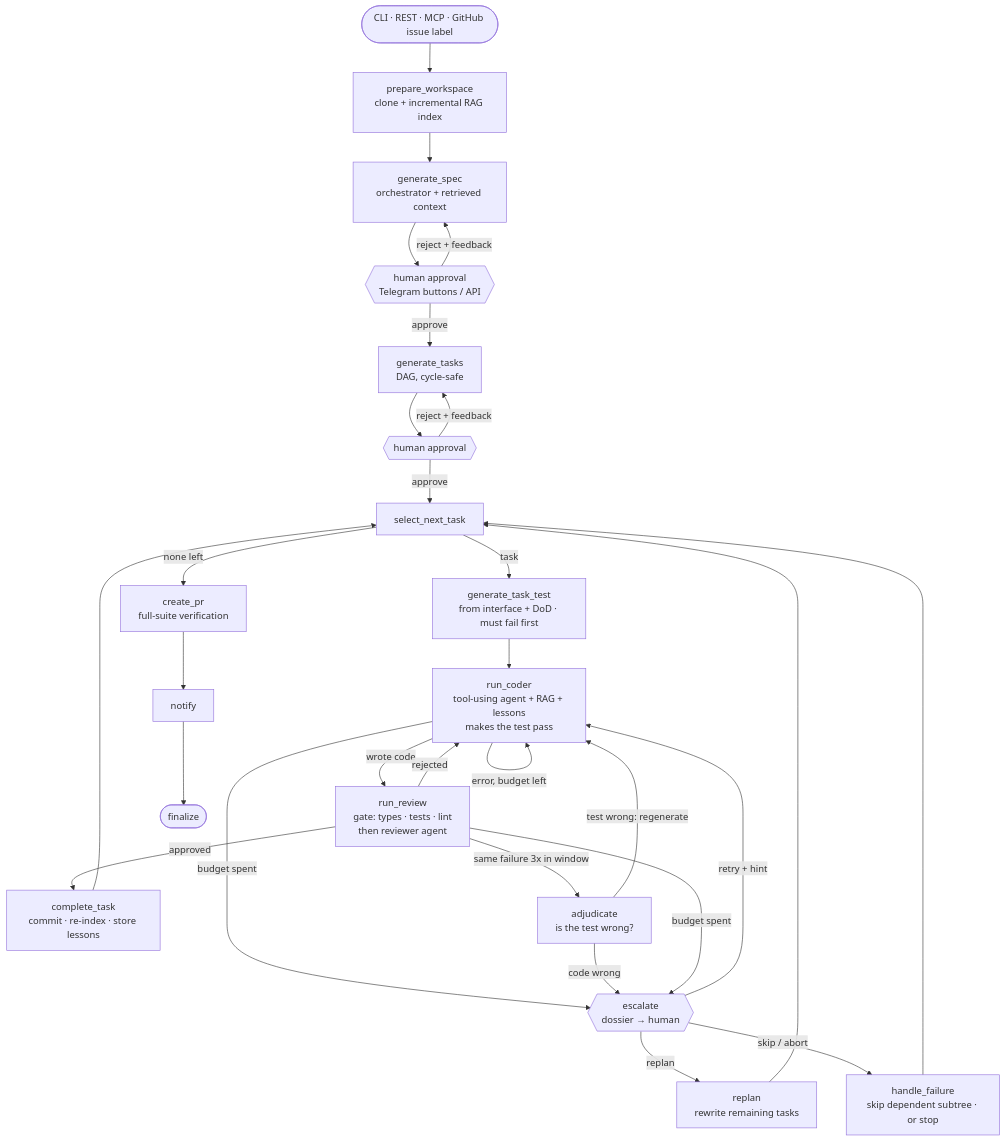
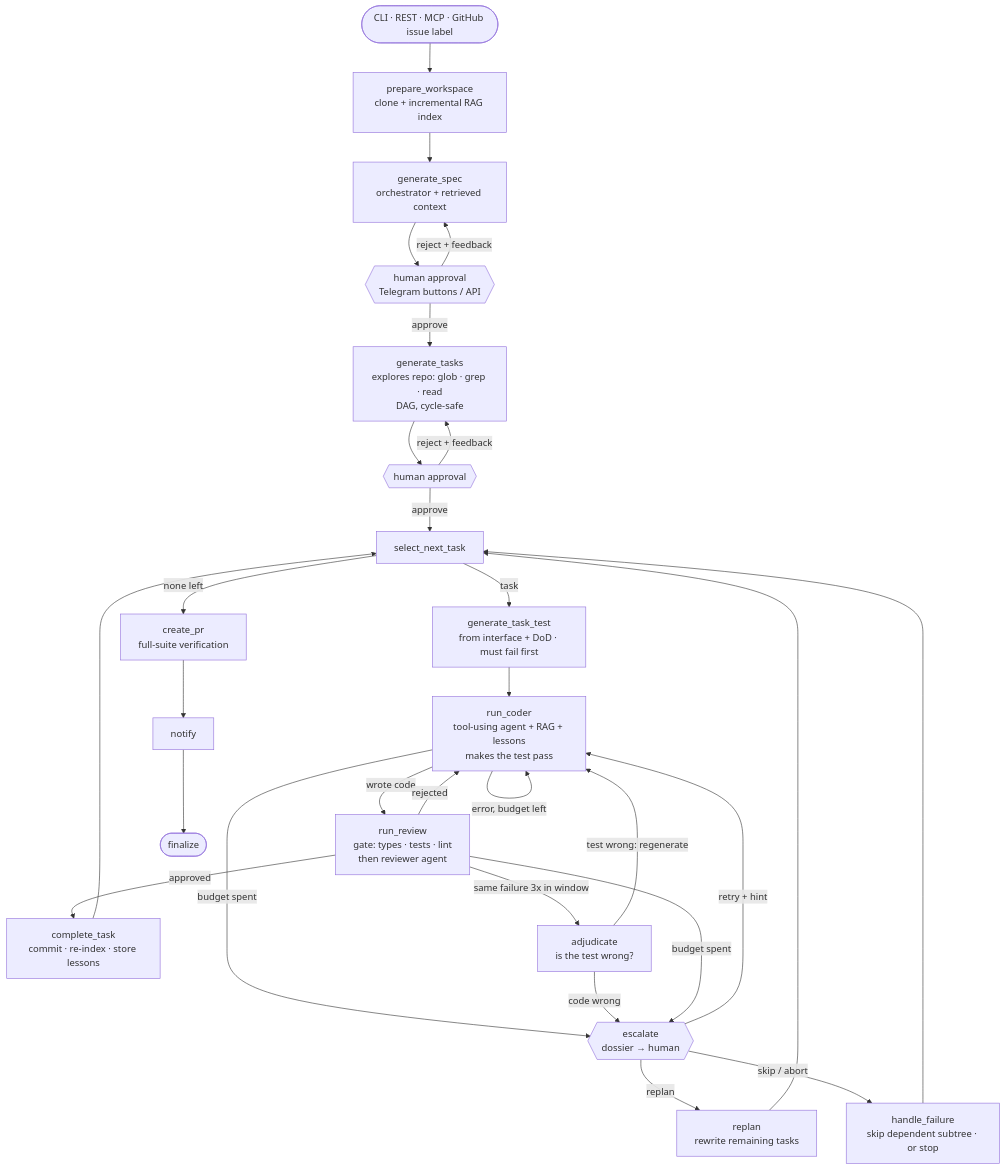
The diagram in README.md (gavrilovdm/agentflow), drawn with Mermaid before and after one commit. The commit also changed other lines of this file and 7 other files, not shown here.

First line of the commit message:
Give the planner read-only glob/grep/read tools

````diff
--- a/README.md
+++ b/README.md
@@ -7,29 +7,29 @@
 ```mermaid
 flowchart TD
     trigger([CLI · REST · MCP · GitHub issue label]) --> prep[prepare_workspace<br/>clone + incremental RAG index]
     prep --> spec[generate_spec<br/>orchestrator + retrieved context]
     spec --> hitl1{{human approval<br/>Telegram buttons / API}}
     hitl1 -- reject + feedback --> spec
-    hitl1 -- approve --> plan[generate_tasks<br/>DAG, cycle-safe]
+    hitl1 -- approve --> plan[generate_tasks<br/>explores repo: glob · grep · read<br/>DAG, cycle-safe]
     plan --> hitl2{{human approval}}
     hitl2 -- reject + feedback --> plan
     hitl2 -- approve --> select[select_next_task]
     select -- task --> tests[generate_task_test<br/>from interface + DoD · must fail first]
     tests --> coder[run_coder<br/>tool-using agent + RAG + lessons<br/>makes the test pass]
     coder -- wrote code --> review[run_review<br/>gate: types · tests · lint<br/>then reviewer agent]
     coder -- error, budget left --> coder
     coder -- budget spent --> esc
     review -- approved --> done[complete_task<br/>commit · re-index · store lessons]
     review -- rejected --> coder
     review -- same failure 3x in window --> referee[adjudicate<br/>is the test wrong?]
     referee -- test wrong: regenerate --> coder
     referee -- code wrong --> esc{{escalate<br/>dossier → human}}
     review -- budget spent --> esc
     esc -- retry + hint --> coder
     esc -- replan --> replan[replan<br/>rewrite remaining tasks] --> select
     esc -- skip / abort --> fail[handle_failure<br/>skip dependent subtree · or stop]
     done --> select
     fail --> select
     select -- none left --> pr[create_pr<br/>full-suite verification]
     pr --> notify[notify] --> fin([finalize])
 ```
````
